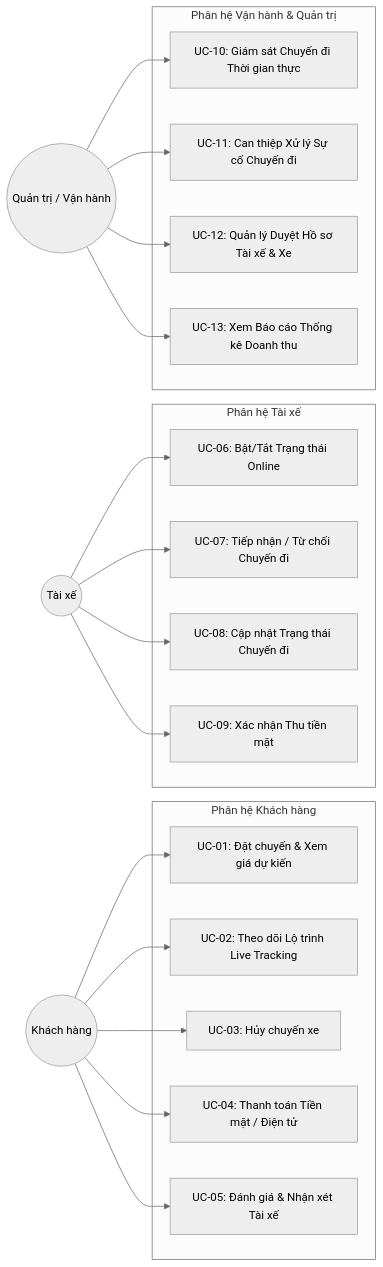
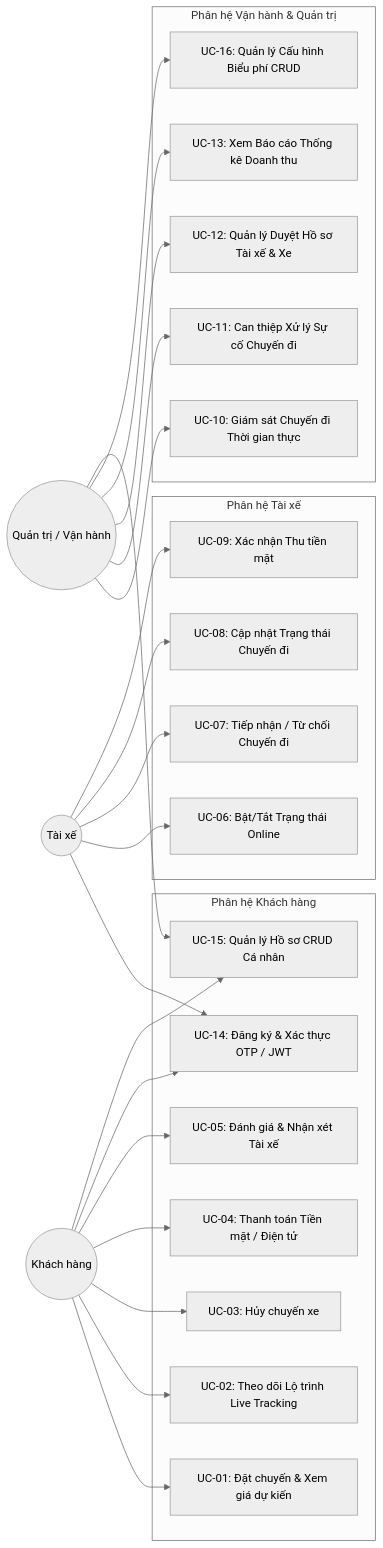
The seventh of 16 diagrams in SRS.md (NguyenDinhHao1709/22713431_NguyenDinhHao_CABSYSTEM), drawn with Mermaid (neutral theme) before and after one commit. The commit also changed other lines of this file and 5 other files, not shown here.

Commit message:
feat: bo sung tron bo CRUD (Customer/Driver Profile, Trip History, Fare Rules, Review) va cap nhat UC-14, UC-15, UC-16 vao SRS.md, API.md

````diff
--- a/SRS.md
+++ b/SRS.md
@@ -489,48 +489,73 @@
 ```mermaid
 graph LR
     %% Actors
     Customer((Khách hàng))
     Driver((Tài xế))
     Admin((Quản trị / Vận hành))
 
     %% Customer Use Cases
     subgraph UC_Customer_Group [Phân hệ Khách hàng]
         UC_C1[UC-01: Đặt chuyến & Xem giá dự kiến]
         UC_C2[UC-02: Theo dõi Lộ trình Live Tracking]
         UC_C3[UC-03: Hủy chuyến xe]
         UC_C4[UC-04: Thanh toán Tiền mặt / Điện tử]
         UC_C5[UC-05: Đánh giá & Nhận xét Tài xế]
     end
 
     %% Driver Use Cases
     subgraph UC_Driver_Group [Phân hệ Tài xế]
         UC_D1[UC-06: Bật/Tắt Trạng thái Online]
         UC_D2[UC-07: Tiếp nhận / Từ chối Chuyến đi]
         UC_D3[UC-08: Cập nhật Trạng thái Chuyến đi]
         UC_D4[UC-09: Xác nhận Thu tiền mặt]
     end
 
+    %% Customer Use Cases
+    subgraph UC_Customer_Group [Phân hệ Khách hàng]
+        UC_C1[UC-01: Đặt chuyến & Xem giá dự kiến]
+        UC_C2[UC-02: Theo dõi Lộ trình Live Tracking]
+        UC_C3[UC-03: Hủy chuyến xe]
+        UC_C4[UC-04: Thanh toán Tiền mặt / Điện tử]
+        UC_C5[UC-05: Đánh giá & Nhận xét Tài xế]
+        UC_C6[UC-14: Đăng ký & Xác thực OTP / JWT]
+        UC_C7[UC-15: Quản lý Hồ sơ CRUD Cá nhân]
+    end
+
+    %% Driver Use Cases
+    subgraph UC_Driver_Group [Phân hệ Tài xế]
+        UC_D1[UC-06: Bật/Tắt Trạng thái Online]
+        UC_D2[UC-07: Tiếp nhận / Từ chối Chuyến đi]
+        UC_D3[UC-08: Cập nhật Trạng thái Chuyến đi]
+        UC_D4[UC-09: Xác nhận Thu tiền mặt]
+    end
+
     %% Admin & Ops Use Cases
     subgraph UC_Admin_Group [Phân hệ Vận hành & Quản trị]
         UC_A1[UC-10: Giám sát Chuyến đi Thời gian thực]
         UC_A2[UC-11: Can thiệp Xử lý Sự cố Chuyến đi]
         UC_A3[UC-12: Quản lý Duyệt Hồ sơ Tài xế & Xe]
         UC_A4[UC-13: Xem Báo cáo Thống kê Doanh thu]
+        UC_A5[UC-16: Quản lý Cấu hình Biểu phí CRUD]
     end
 
     Customer --> UC_C1
     Customer --> UC_C2
     Customer --> UC_C3
     Customer --> UC_C4
     Customer --> UC_C5
+    Customer --> UC_C6
+    Customer --> UC_C7
 
+    Driver --> UC_C6
     Driver --> UC_D1
     Driver --> UC_D2
     Driver --> UC_D3
     Driver --> UC_D4
 
     Admin --> UC_A1
     Admin --> UC_A2
     Admin --> UC_A3
     Admin --> UC_A4
+    Admin --> UC_A5
+    Admin --> UC_C7
 ```
````
